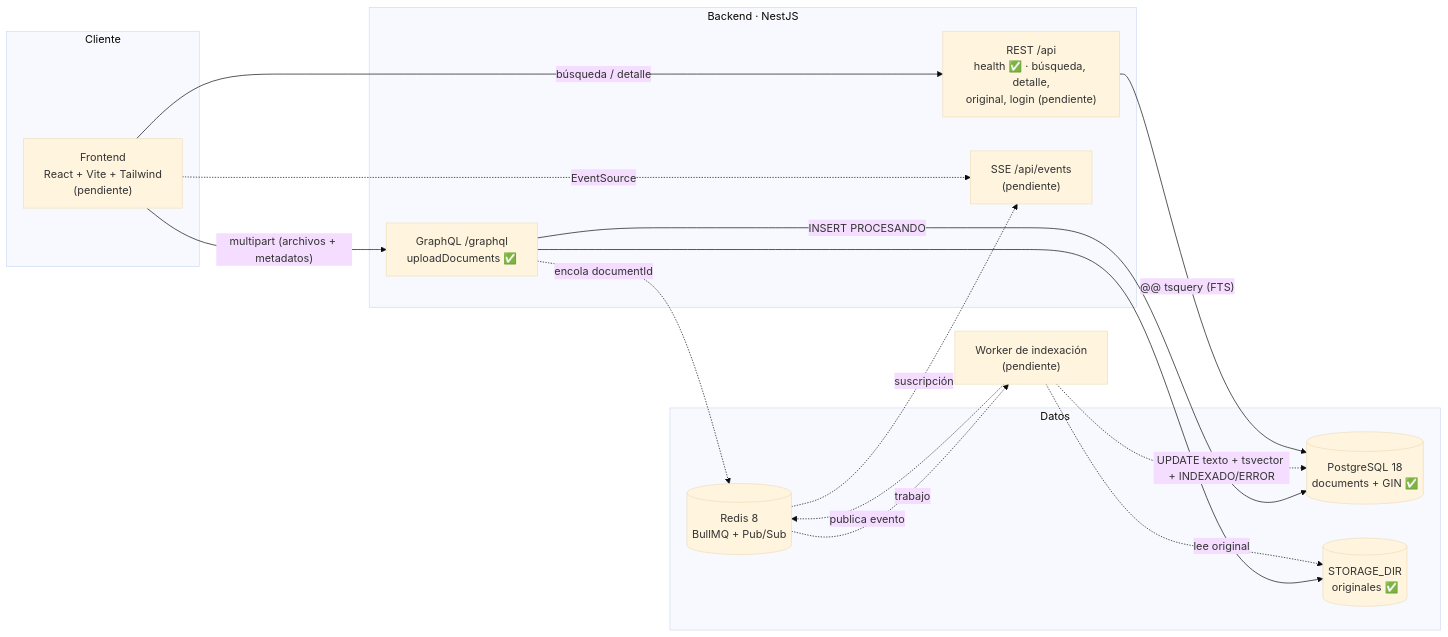
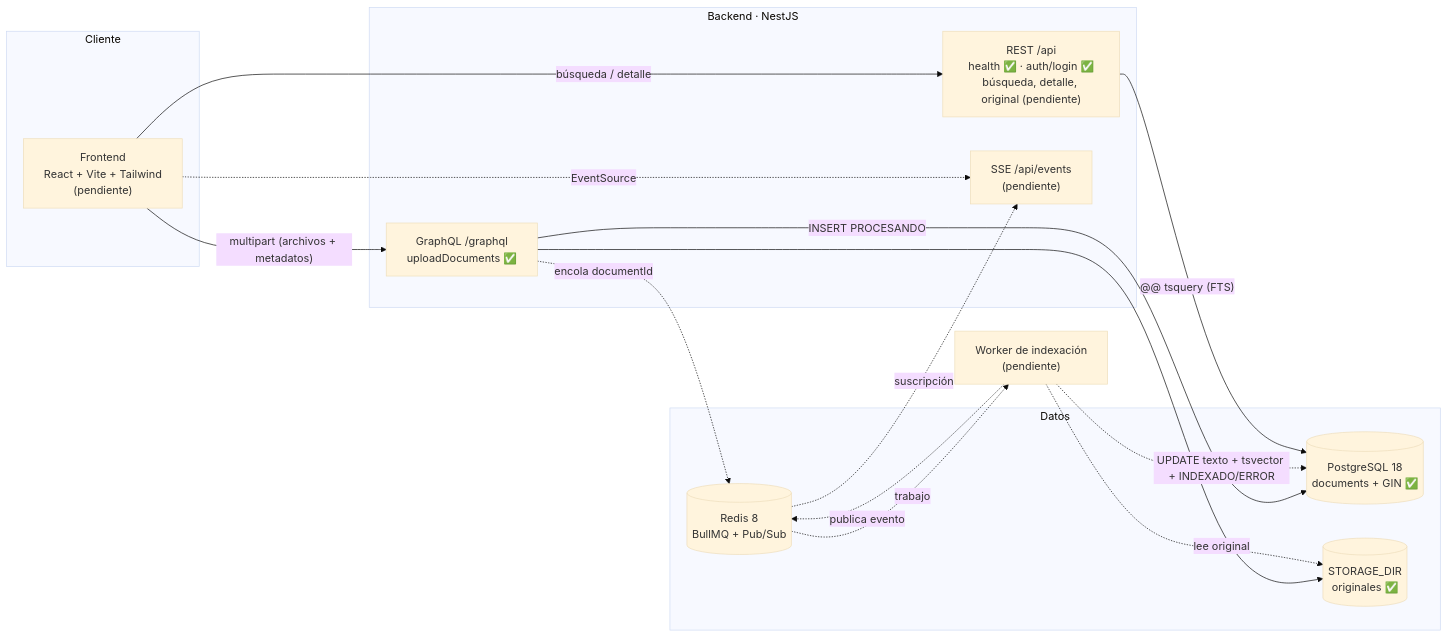
The diagram in docs/architecture.md (camilollamas/pt_documental), drawn with Mermaid (base theme) before and after one commit. The commit also changed other lines of this file and 22 other files, not shown here.

First line of the commit message:
feat(auth): login de administrador único con JWT y carga protegida

````diff
--- a/docs/architecture.md
+++ b/docs/architecture.md
@@ -7,33 +7,33 @@
 ```mermaid
 flowchart LR
     subgraph Cliente
         UI["Frontend<br/>React + Vite + Tailwind<br/>(pendiente)"]
     end
 
     subgraph API["Backend · NestJS"]
         GQL["GraphQL /graphql<br/>uploadDocuments ✅"]
-        REST["REST /api<br/>health ✅ · búsqueda, detalle,<br/>original, login (pendiente)"]
+        REST["REST /api<br/>health ✅ · auth/login ✅<br/>búsqueda, detalle, original (pendiente)"]
         SSE["SSE /api/events<br/>(pendiente)"]
     end
 
     subgraph Datos
         PG[("PostgreSQL 18<br/>documents + GIN ✅")]
         FS[("STORAGE_DIR<br/>originales ✅")]
         RQ[("Redis 8<br/>BullMQ + Pub/Sub")]
     end
 
     W["Worker de indexación<br/>(pendiente)"]
 
     UI -- "multipart (archivos + metadatos)" --> GQL
     UI -- "búsqueda / detalle" --> REST
     UI -. "EventSource" .-> SSE
     GQL --> FS
     GQL -- "INSERT PROCESANDO" --> PG
     GQL -. "encola documentId" .-> RQ
     RQ -. "trabajo" .-> W
     W -. "lee original" .-> FS
     W -. "UPDATE texto + tsvector + INDEXADO/ERROR" .-> PG
     W -. "publica evento" .-> RQ
     RQ -. "suscripción" .-> SSE
     REST -- "@@ tsquery (FTS)" --> PG
 ```
````
